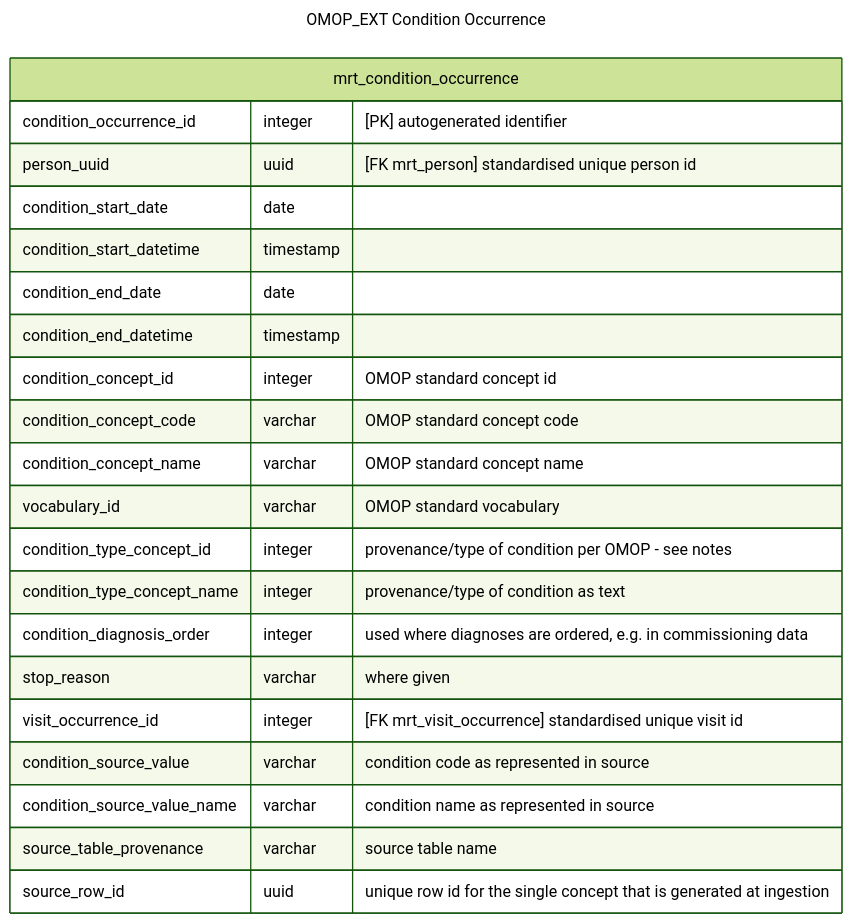
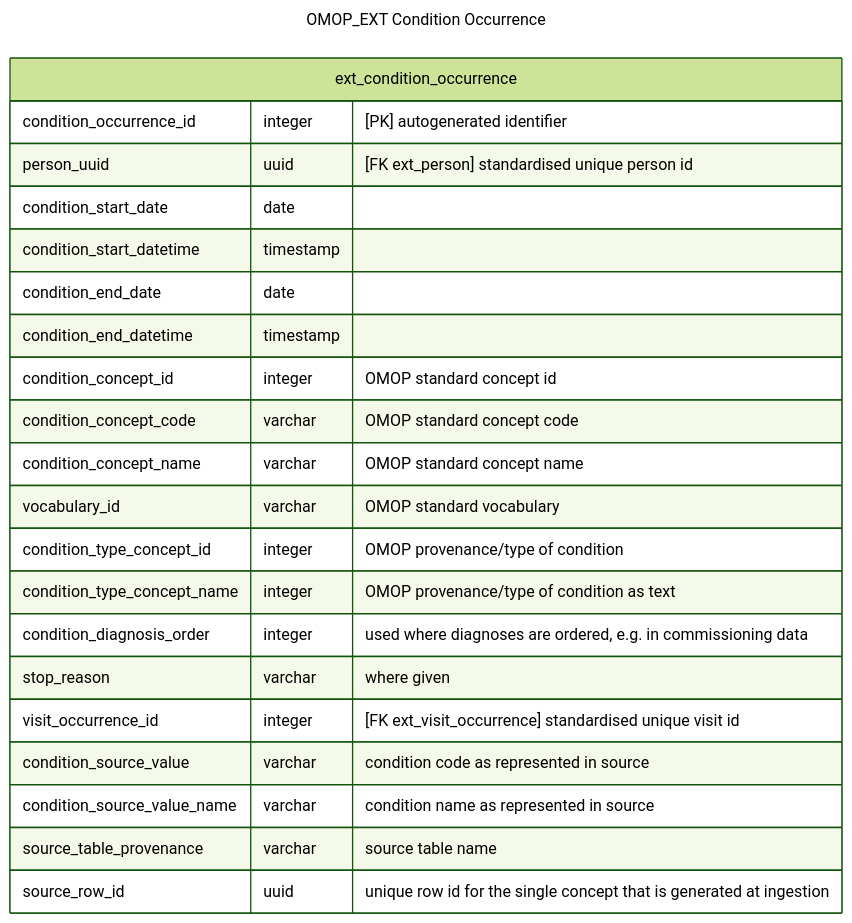
The second of 3 diagrams in src/pages/data_model/cdm_condition_occurrence.qmd (d3london/sde_aic_external_docs), drawn with Mermaid (forest theme) before and after one commit. The commit also changed other lines of this file and 4 other files, not shown here.

````diff
--- a/src/pages/data_model/cdm_condition_occurrence.qmd
+++ b/src/pages/data_model/cdm_condition_occurrence.qmd
@@ -60,27 +61,27 @@
 ```{mermaid}
 ---
 title: OMOP_EXT Condition Occurrence
 ---
 erDiagram
-    mrt_condition_occurrence {
+    ext_condition_occurrence {
         condition_occurrence_id integer "[PK] autogenerated identifier"
-        person_uuid uuid "[FK mrt_person] standardised unique person id"
+        person_uuid uuid "[FK ext_person] standardised unique person id"
         condition_start_date date
         condition_start_datetime timestamp
         condition_end_date date
         condition_end_datetime timestamp
         condition_concept_id integer "OMOP standard concept id"
         condition_concept_code varchar "OMOP standard concept code"
         condition_concept_name varchar "OMOP standard concept name"
         vocabulary_id varchar "OMOP standard vocabulary"
-        condition_type_concept_id integer "provenance/type of condition per OMOP - see notes" 
-        condition_type_concept_name integer "provenance/type of condition as text"                          
+        condition_type_concept_id integer "OMOP provenance/type of condition" 
+        condition_type_concept_name integer "OMOP provenance/type of condition as text"                          
         condition_diagnosis_order integer "used where diagnoses are ordered, e.g. in commissioning data"
         stop_reason varchar "where given"
-        visit_occurrence_id integer "[FK mrt_visit_occurrence] standardised unique visit id"
+        visit_occurrence_id integer "[FK ext_visit_occurrence] standardised unique visit id"
         condition_source_value varchar "condition code as represented in source"
         condition_source_value_name varchar "condition name as represented in source"        
         source_table_provenance varchar "source table name"
         source_row_id uuid "unique row id for the single concept that is generated at ingestion"
     }
 ```
````
